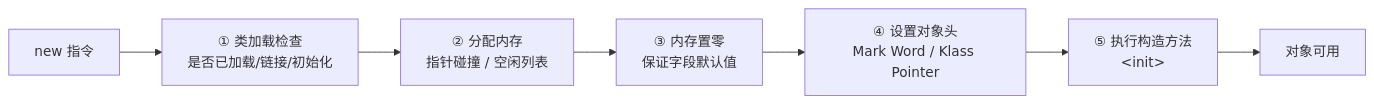
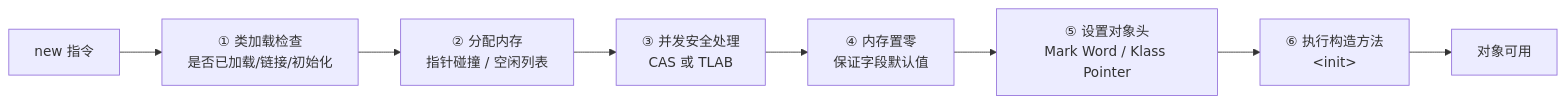
One commit to l552177239/my-note changed the tenth of 16 diagrams in docs/02.后端/01.Java/17.JVM 基础.md. Above: the diagram before and after it, drawn with Mermaid. The commit also changed other lines of this file, not shown here.

````diff
--- a/docs/02.后端/01.Java/17.JVM 基础.md
+++ b/docs/02.后端/01.Java/17.JVM 基础.md
@@ -519,9 +853,10 @@
 ```mermaid
 flowchart LR
     A["new 指令"] --> B["① 类加载检查<br/>是否已加载/链接/初始化"]
     B --> C["② 分配内存<br/>指针碰撞 / 空闲列表"]
-    C --> D["③ 内存置零<br/>保证字段默认值"]
-    D --> E["④ 设置对象头<br/>Mark Word / Klass Pointer"]
-    E --> F["⑤ 执行构造方法<br/>&lt;init&gt;"]
-    F --> G["对象可用"]
+    C --> D["③ 并发安全处理<br/>CAS 或 TLAB"]
+    D --> E["④ 内存置零<br/>保证字段默认值"]
+    E --> F["⑤ 设置对象头<br/>Mark Word / Klass Pointer"]
+    F --> G["⑥ 执行构造方法<br/>&lt;init&gt;"]
+    G --> H["对象可用"]
 ```
````
